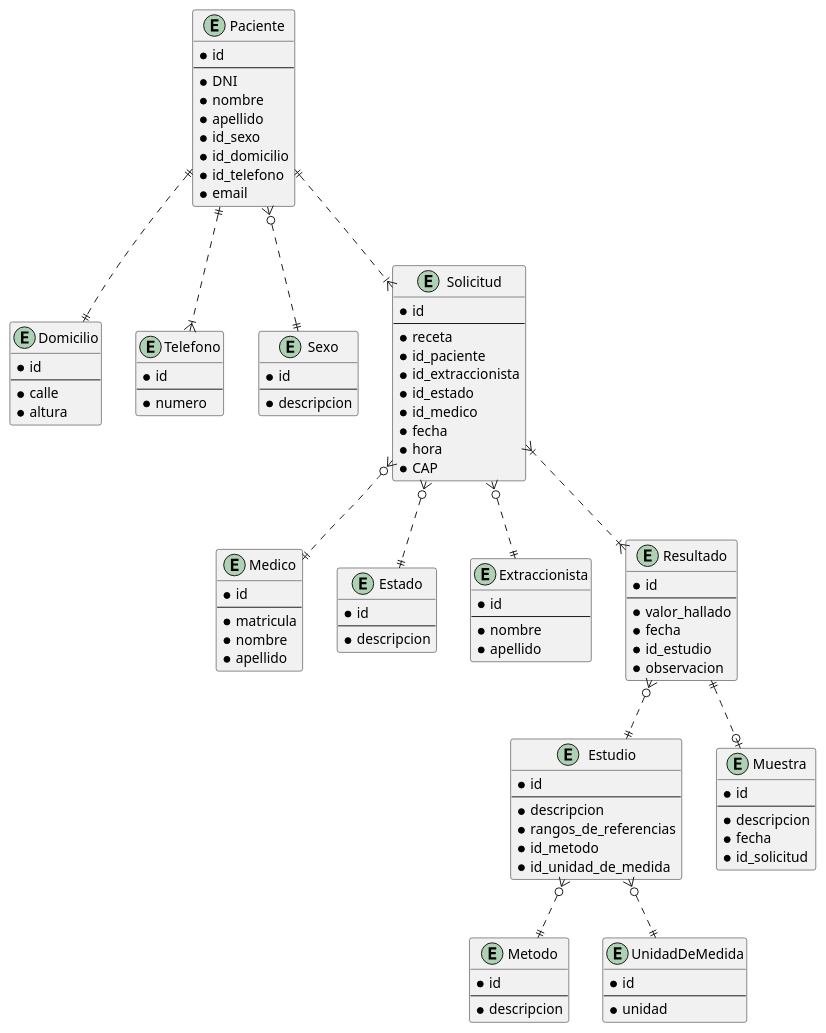
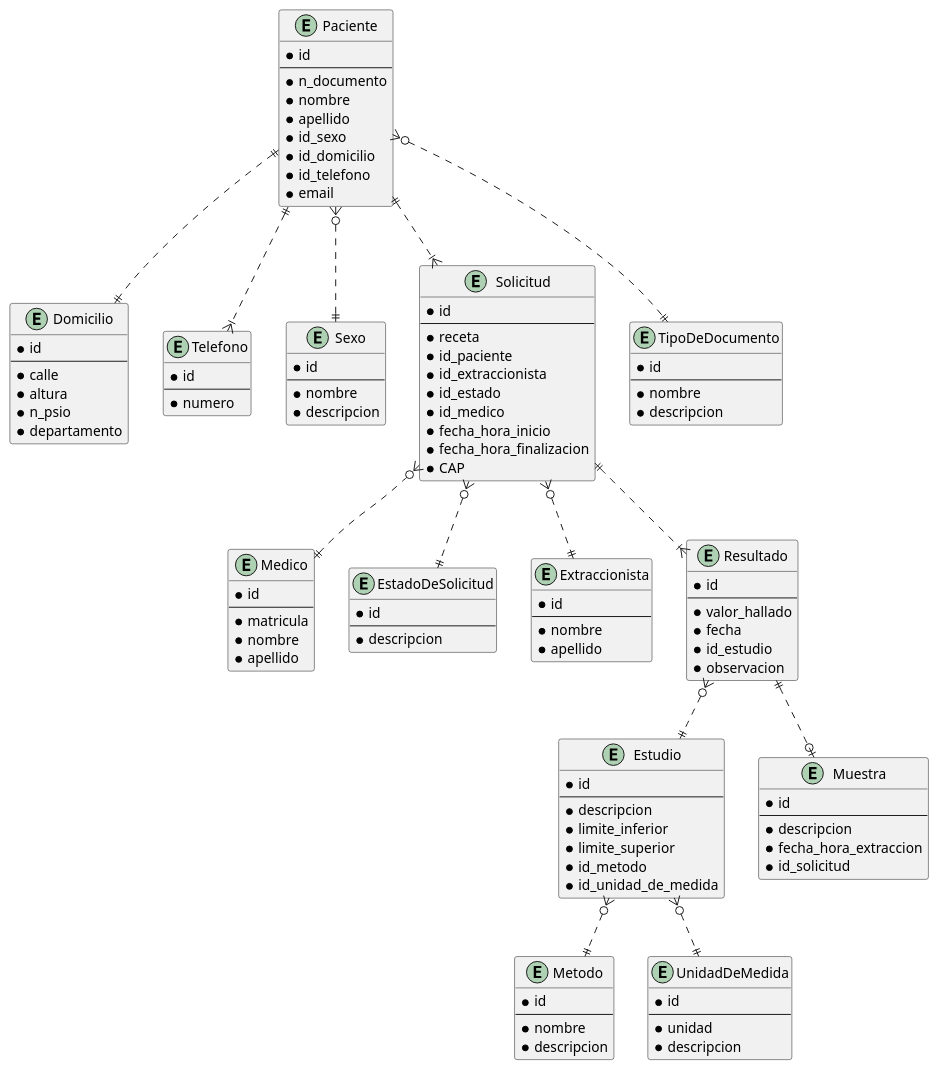
One commit to MateMar04/Biomedica changed the diagram in Diagrams/BIOMEDICA.wsd. Above: the diagram before and after it, drawn with PlantUML. The commit also changed 1 other file, not shown here.

Commit message:
Corrected diagrams

```diff
--- a/Diagrams/BIOMEDICA.wsd
+++ b/Diagrams/BIOMEDICA.wsd
@@ -1,118 +1,132 @@
 @startuml ERDiagram
 entity Medico {
     * id
     --
     * matricula
     * nombre
     * apellido
 }
 
 entity Domicilio {
     * id
     --
     * calle
     * altura
+    * n_psio
+    * departamento
 }
 
 entity Telefono {
     * id
     --
     * numero
 }
 
 entity Sexo {
     * id
     --
+    * nombre
     * descripcion
 }
 
 entity Paciente {
     * id
     --
-    * DNI
+    * n_documento
     * nombre
     * apellido
     * id_sexo
     * id_domicilio
     * id_telefono
     * email
 }
 
-entity Estado {
+entity EstadoDeSolicitud {
     * id
     --
     * descripcion
 }
 
 entity Estudio {
     * id
     --
     * descripcion
-    * rangos_de_referencias
+    * limite_inferior
+    * limite_superior
     * id_metodo
     * id_unidad_de_medida
 }
 
 entity Solicitud {
     * id
     --
     * receta
     * id_paciente
     * id_extraccionista
     * id_estado
     * id_medico
-    * fecha
-    * hora
+    * fecha_hora_inicio
+    * fecha_hora_finalizacion
     * CAP
 }
 
 entity Extraccionista {
     * id
     --
     * nombre
     * apellido
 }
 
 entity Muestra {
     * id
     --
     * descripcion
-    * fecha
+    * fecha_hora_extraccion
     * id_solicitud
 }
 
 entity Metodo {
     * id
     --
+    * nombre
     * descripcion
 }
 
 entity Resultado {
     * id
     --
     * valor_hallado
     * fecha
     * id_estudio
     * observacion
 }
 
 entity UnidadDeMedida {
     * id
     --
     * unidad
+    * descripcion
+}
+
+entity TipoDeDocumento {
+    * id
+    --
+    * nombre
+    * descripcion
 }
 
 Paciente ||..|| Domicilio
 Paciente ||..|{ Telefono
 Paciente }o..|| Sexo
 Paciente ||..|{ Solicitud
+Paciente }o..|| TipoDeDocumento
 Solicitud }o..|| Medico
-Solicitud }o..|| Estado
+Solicitud }o..|| EstadoDeSolicitud
 Resultado ||..o| Muestra
 Solicitud }o..|| Extraccionista
 Estudio }o..|| Metodo
-Solicitud }|..|{ Resultado
+Solicitud ||..|{ Resultado
 Estudio }o..|| UnidadDeMedida
 Resultado }o..|| Estudio
 
 @enduml
```
